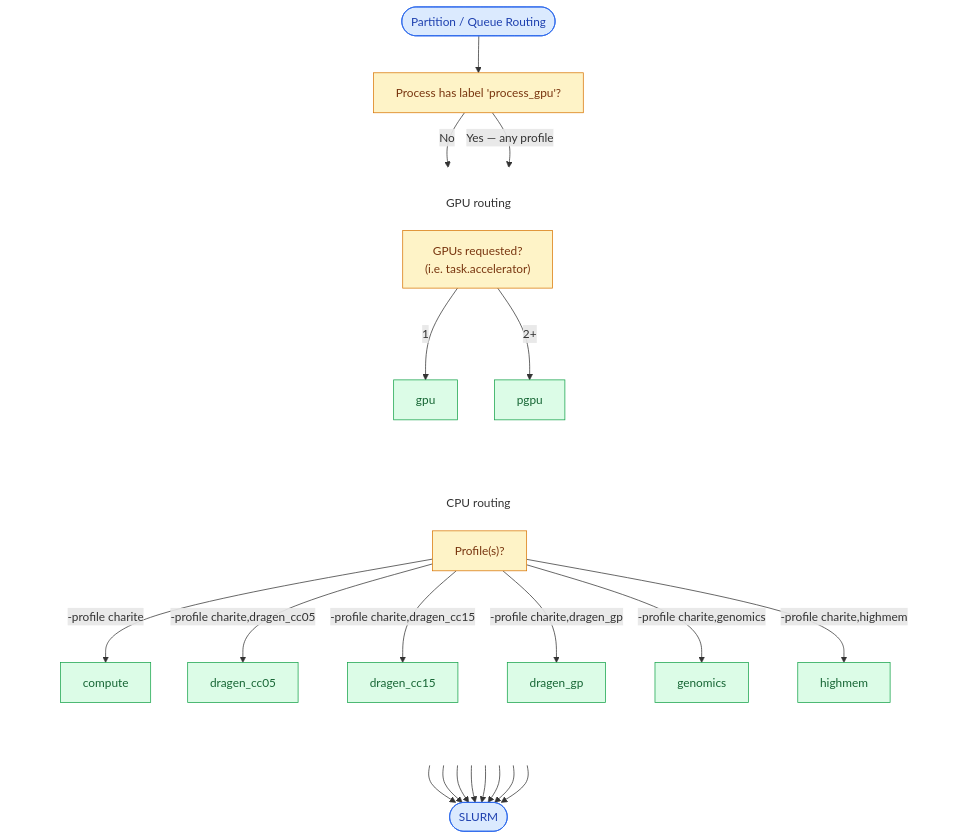
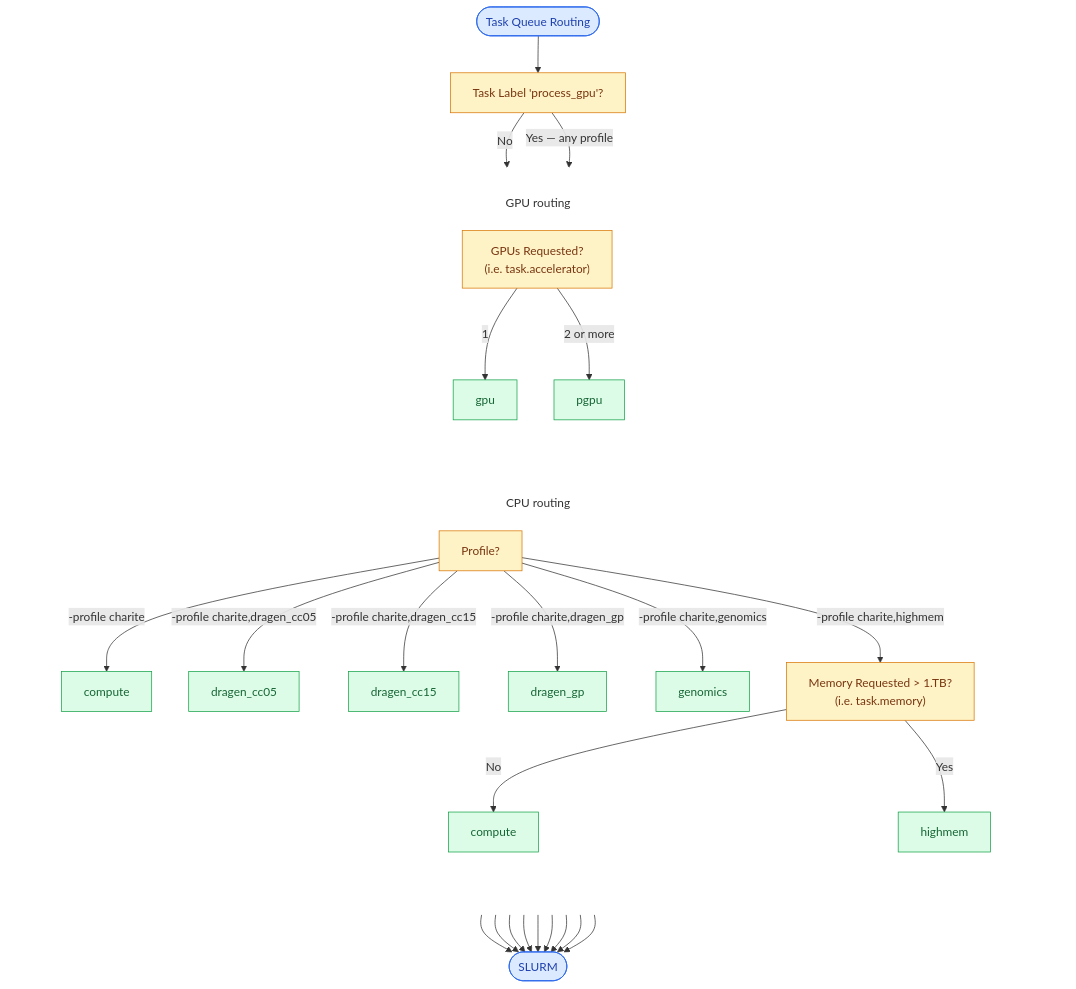
The second of 2 diagrams in docs/charite.md (nf-core/configs), drawn with Mermaid before and after one commit.

````diff
--- a/docs/charite.md
+++ b/docs/charite.md
@@ -540,73 +540,80 @@
 ```mermaid
 ---
 config:
   flowchart:
     wrappingWidth: 1000
 ---
 flowchart TB
-    A(["Partition / Queue Routing"])
-    B["Process has label 'process_gpu'?"]
+    A(["Task Queue Routing"])
+    B["Task Label 'process_gpu'?"]
 
     A --> B
 
     subgraph ROUTING[" "]
         direction LR
 
         subgraph CPU["CPU routing"]
             direction TB
-            F["Profile(s)?"]
+            F["Profile?"]
+            M["Memory Requested > 1.TB?\n (i.e. task.memory)"]
 
             G["compute"]
             H["dragen_cc05"]
             I["dragen_cc15"]
             J["dragen_gp"]
             K["genomics"]
             L["highmem"]
+            P["compute"]
 
             F -->|"-profile charite"| G
             F -->|"-profile charite,dragen_cc05"| H
             F -->|"-profile charite,dragen_cc15"| I
             F -->|"-profile charite,dragen_gp"| J
             F -->|"-profile charite,genomics"| K
-            F -->|"-profile charite,highmem"| L
+            F -->|"-profile charite,highmem"| M
+
+            M -->|"No"|P
+            M -->|"Yes"|L
+            
         end
 
         subgraph GPU["GPU routing"]
             direction TB
-            C["GPUs requested?\n (i.e. task.accelerator)"]
+            C["GPUs Requested?\n (i.e. task.accelerator)"]
             D["gpu"]
             E["pgpu"]
 
             C -->|"1"| D
-            C -->|"2+"| E
+            C -->|"2 or more"| E
         end
     end
 
     B -->|"No"| F
     B -->|"Yes — any profile"| C
 
 
     D --> N(["SLURM"])
     E --> N
     G --> N
     H --> N
     I --> N
     J --> N
     K --> N
     L --> N
+    P --> N
 
     classDef start fill:#dbeafe,stroke:#2563eb,color:#1e40af
     classDef gpu fill:#dcfce7,stroke:#16a34a,color:#166534
     classDef cpu fill:#dcfce7,stroke:#16a34a,color:#166534
     classDef decision fill:#fef3c7,stroke:#d97706,color:#78350f
     classDef qos fill:#dbeafe,stroke:#2563eb,color:#1e40af
 
     class A,N start
     class D,E gpu
-    class G,H,I,J,K,L cpu
-    class B,C,F decision
+    class G,H,I,J,K,L,P cpu
+    class B,C,F,M decision
 
     style ROUTING fill:none,stroke:none
     style GPU fill:none,stroke:none
     style CPU fill:none,stroke:none
 ```
````
